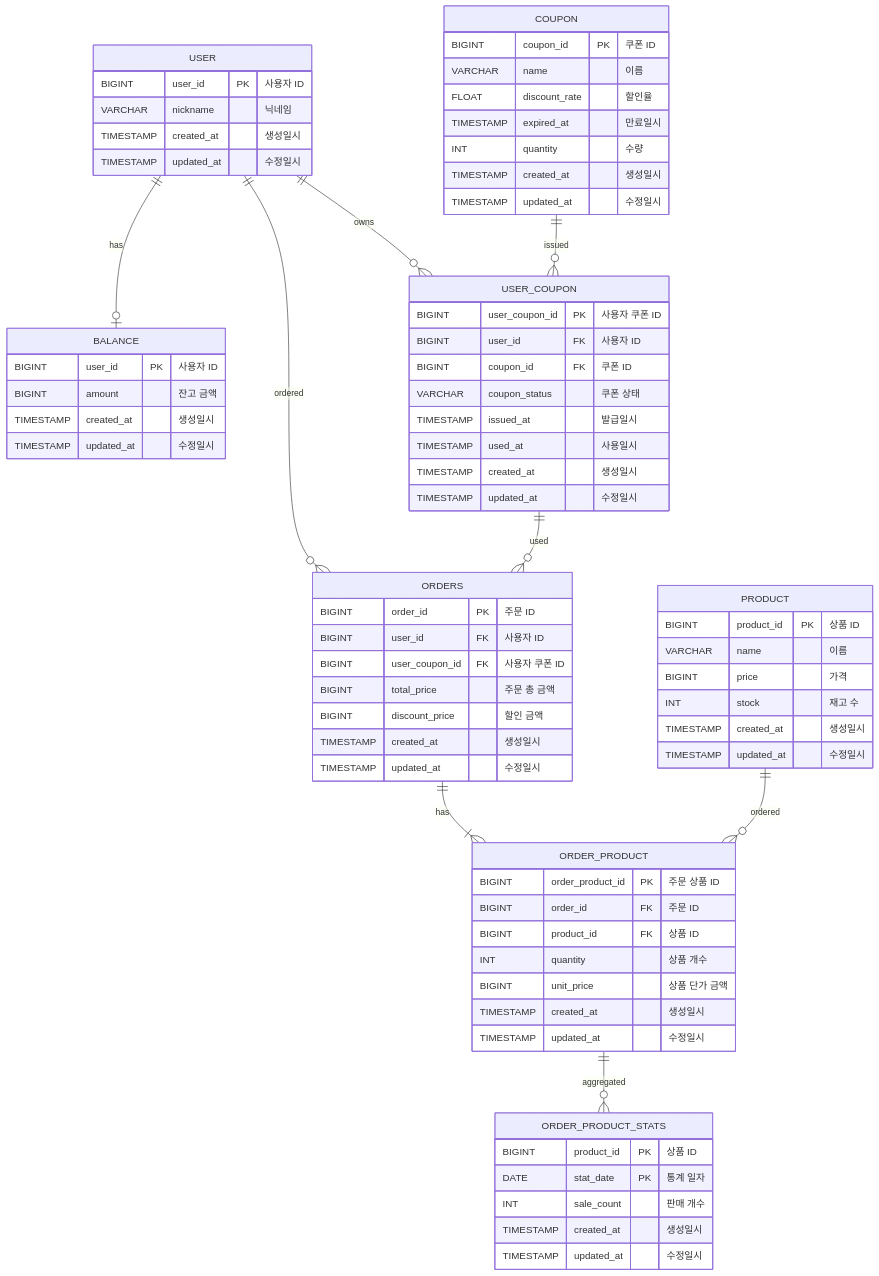
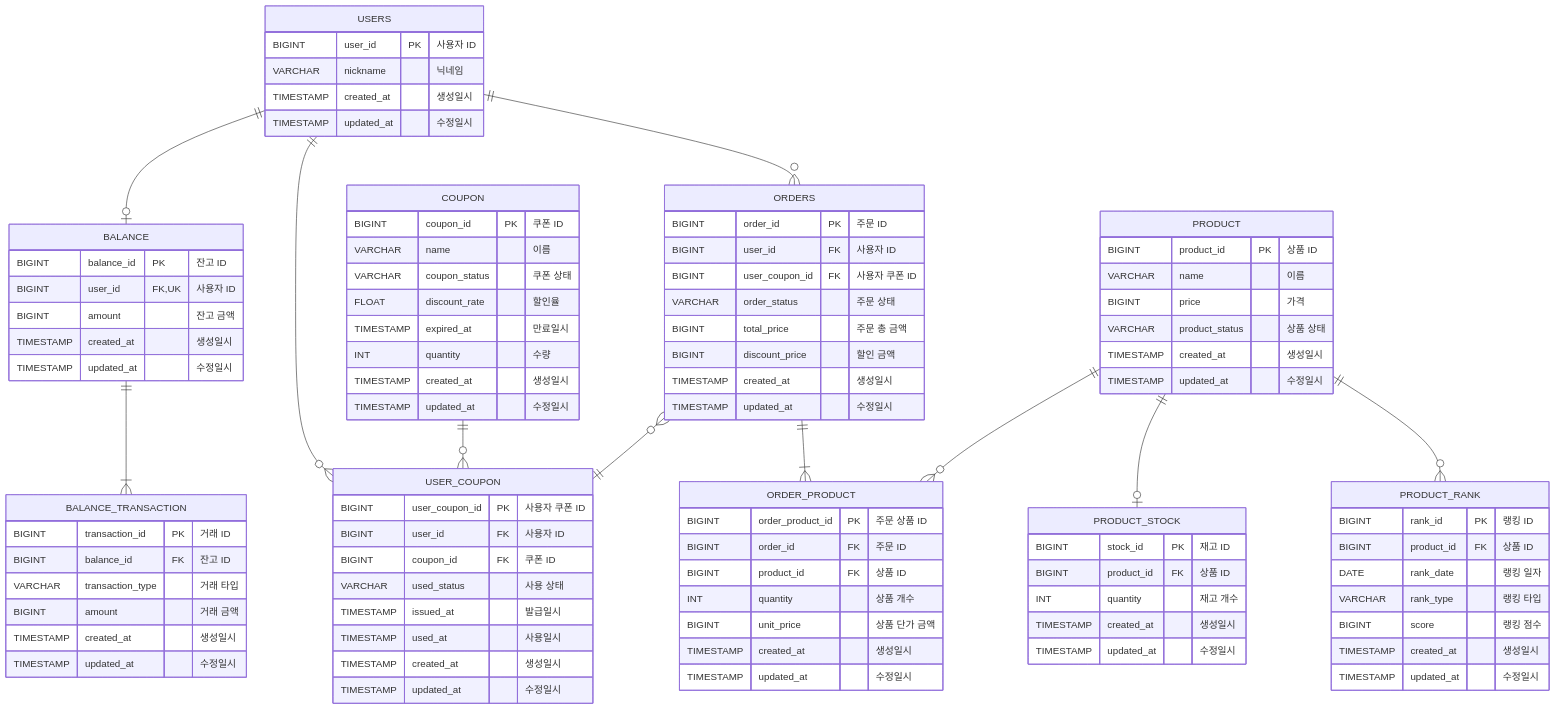
The diagram in docs/architecture/04.ERD.md (discphy/hhplus-e-commerce), drawn with Mermaid before and after one commit.

Commit message:
[DOCS] ERD 수정

````diff
--- a/docs/architecture/04.ERD.md
+++ b/docs/architecture/04.ERD.md
@@ -14,15 +14,17 @@
 ```mermaid
 erDiagram
-    USER ||--o| BALANCE : has
-    USER ||--o{ USER_COUPON: owns
-    USER ||--o{ ORDERS: ordered
-    COUPON ||--o{ USER_COUPON: issued
-    USER_COUPON ||--o{ ORDERS: used
-    ORDERS ||--|{ ORDER_PRODUCT: has
-    PRODUCT ||--o{ ORDER_PRODUCT: ordered
-    ORDER_PRODUCT ||--o{ ORDER_PRODUCT_STATS: aggregated
+    USERS ||--o| BALANCE : ""
+    BALANCE ||--|{ BALANCE_TRANSACTION : ""
+    USERS ||--o{ USER_COUPON: ""
+    USERS ||--o{ ORDERS: ""
+    COUPON ||--o{ USER_COUPON: ""
+    ORDERS }o--|| USER_COUPON : ""
+    ORDERS ||--|{ ORDER_PRODUCT: ""
+    PRODUCT ||--o{ ORDER_PRODUCT: ""
+    PRODUCT ||--o| PRODUCT_STOCK : ""
+    PRODUCT ||--o{ PRODUCT_RANK: ""
 
-    USER {
+    USERS {
         BIGINT user_id PK "사용자 ID"
         VARCHAR nickname "닉네임"
         TIMESTAMP created_at "생성일시"
@@ -30,8 +32,18 @@
     }
 
     BALANCE {
-        BIGINT user_id PK "사용자 ID"
+        BIGINT balance_id PK "잔고 ID"
+        BIGINT user_id FK,UK "사용자 ID"
         BIGINT amount "잔고 금액"
+        TIMESTAMP created_at "생성일시"
+        TIMESTAMP updated_at "수정일시"
+    }
+
+    BALANCE_TRANSACTION {
+        BIGINT transaction_id PK "거래 ID"
+        BIGINT balance_id FK "잔고 ID"
+        VARCHAR transaction_type "거래 타입"
+        BIGINT amount "거래 금액"
         TIMESTAMP created_at "생성일시"
         TIMESTAMP updated_at "수정일시"
     }
@@ -39,6 +51,7 @@
     COUPON {
         BIGINT coupon_id PK "쿠폰 ID"
         VARCHAR name "이름"
+        VARCHAR coupon_status "쿠폰 상태"
         FLOAT discount_rate "할인율"
         TIMESTAMP expired_at "만료일시"
         INT quantity "수량"
@@ -50,7 +63,7 @@
         BIGINT user_coupon_id PK "사용자 쿠폰 ID"
         BIGINT user_id FK "사용자 ID"
         BIGINT coupon_id FK "쿠폰 ID"
-        VARCHAR coupon_status "쿠폰 상태"
+        VARCHAR used_status "사용 상태"
         TIMESTAMP issued_at "발급일시"
         TIMESTAMP used_at "사용일시"
         TIMESTAMP created_at "생성일시"
@@ -61,7 +74,25 @@
         BIGINT product_id PK "상품 ID"
         VARCHAR name "이름"
         BIGINT price "가격"
-        INT stock "재고 수"
+        VARCHAR product_status "상품 상태"
+        TIMESTAMP created_at "생성일시"
+        TIMESTAMP updated_at "수정일시"
+    }
+
+    PRODUCT_STOCK {
+        BIGINT stock_id PK "재고 ID"
+        BIGINT product_id FK "상품 ID"
+        INT quantity "재고 개수"
+        TIMESTAMP created_at "생성일시"
+        TIMESTAMP updated_at "수정일시"
+    }
+
+    PRODUCT_RANK {
+        BIGINT rank_id PK "랭킹 ID"
+        BIGINT product_id FK "상품 ID"
+        DATE rank_date "랭킹 일자"
+        VARCHAR rank_type "랭킹 타입"
+        BIGINT score "랭킹 점수"
         TIMESTAMP created_at "생성일시"
         TIMESTAMP updated_at "수정일시"
     }
@@ -70,6 +101,7 @@
         BIGINT order_id PK "주문 ID"
         BIGINT user_id FK "사용자 ID"
         BIGINT user_coupon_id FK "사용자 쿠폰 ID"
+        VARCHAR order_status "주문 상태"
         BIGINT total_price "주문 총 금액"
         BIGINT discount_price "할인 금액"
         TIMESTAMP created_at "생성일시"
@@ -85,13 +117,4 @@
         TIMESTAMP created_at "생성일시"
         TIMESTAMP updated_at "수정일시"
     }
-
-    ORDER_PRODUCT_STATS {
-        BIGINT product_id PK "상품 ID"
-        DATE stat_date PK "통계 일자"
-        INT sale_count "판매 개수"
-        TIMESTAMP created_at "생성일시"
-        TIMESTAMP updated_at "수정일시"
-    }
-
 ```
````
